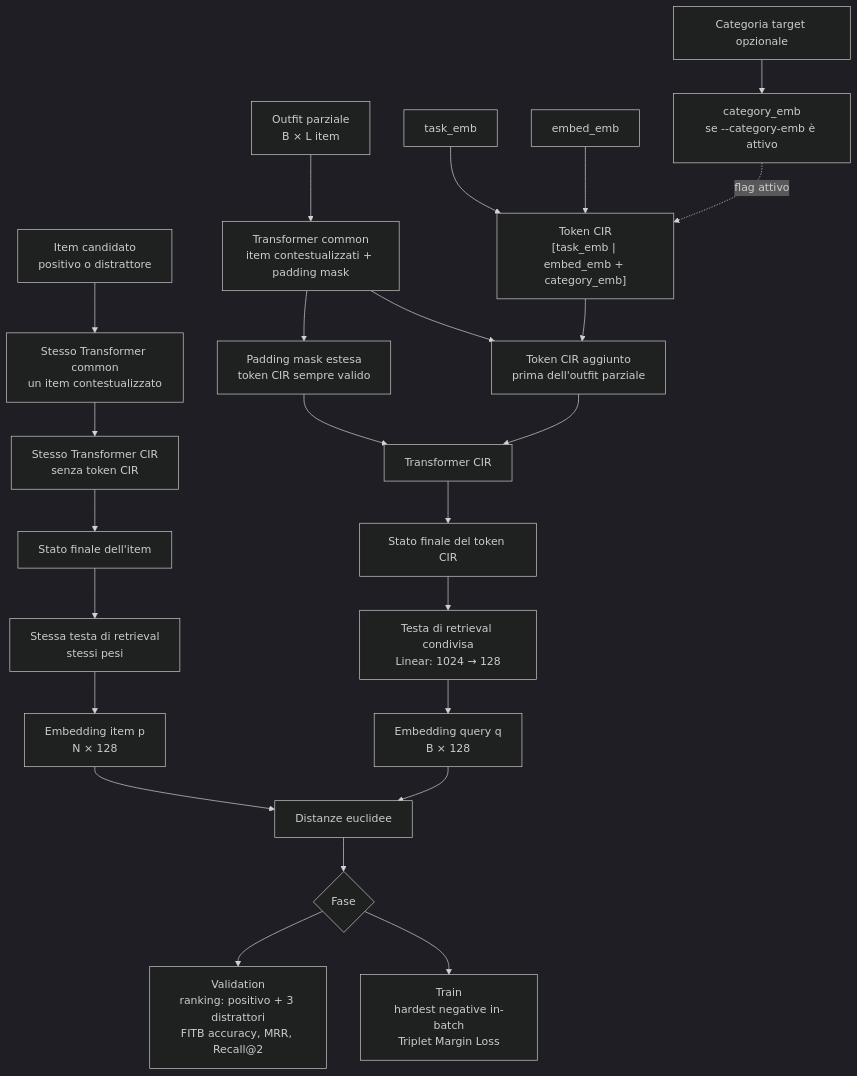
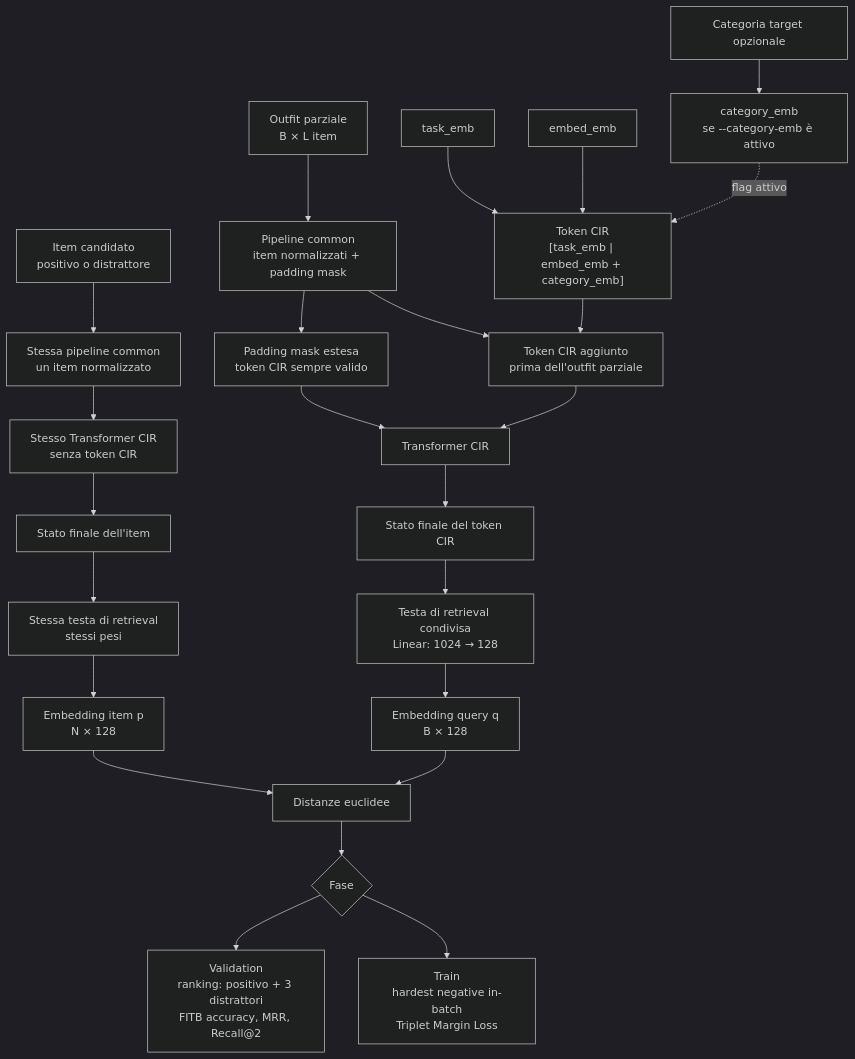
One commit to FlorindoDev/OutfitTransformer changed the diagram in training/CIR/README.md. Above: the diagram before and after it, drawn with Mermaid (dark theme). The commit also changed other lines of this file and 25 other files, not shown here.

First line of the commit message:
refactor(model)!: remove common transformer

````diff
--- a/training/CIR/README.md
+++ b/training/CIR/README.md
@@ -63,56 +63,56 @@
 ```mermaid
 flowchart TD
     PARTIAL["Outfit parziale<br/>B × L item"]
     TARGET["Categoria target opzionale"]
     ITEM["Item candidato<br/>positivo o distrattore"]
 
-    COMMON_QUERY["Transformer common<br/>item contestualizzati + padding mask"]
-    COMMON_ITEM["Stesso Transformer common<br/>un item contestualizzato"]
+    COMMON_QUERY["Pipeline common<br/>item normalizzati + padding mask"]
+    COMMON_ITEM["Stessa pipeline common<br/>un item normalizzato"]
 
     TASK["task_emb"]
     EMBED["embed_emb"]
     CATEGORY["category_emb<br/>se --category-emb è attivo"]
     TOKEN["Token CIR<br/>[task_emb | embed_emb + category_emb]"]
     QUERY_INPUT["Token CIR aggiunto<br/>prima dell'outfit parziale"]
     MASK["Padding mask estesa<br/>token CIR sempre valido"]
 
     CIR_QUERY["Transformer CIR"]
     CIR_ITEM["Stesso Transformer CIR<br/>senza token CIR"]
     QUERY_STATE["Stato finale del token CIR"]
     ITEM_STATE["Stato finale dell'item"]
     QUERY_HEAD["Testa di retrieval condivisa<br/>Linear: 1024 → 128"]
     ITEM_HEAD["Stessa testa di retrieval<br/>stessi pesi"]
     QUERY_VECTOR["Embedding query q<br/>B × 128"]
     ITEM_VECTOR["Embedding item p<br/>N × 128"]
 
     DISTANCE["Distanze euclidee"]
     TRAIN{"Fase"}
     TRIPLET["Train<br/>hardest negative in-batch<br/>Triplet Margin Loss"]
     FITB["Validation<br/>ranking: positivo + 3 distrattori<br/>FITB accuracy, MRR, Recall@2"]
 
     PARTIAL --> COMMON_QUERY
     COMMON_QUERY --> QUERY_INPUT
     COMMON_QUERY --> MASK
     TASK --> TOKEN
     EMBED --> TOKEN
     TARGET --> CATEGORY
     CATEGORY -. flag attivo .-> TOKEN
     TOKEN --> QUERY_INPUT
     QUERY_INPUT --> CIR_QUERY
     MASK --> CIR_QUERY
     CIR_QUERY --> QUERY_STATE
     QUERY_STATE --> QUERY_HEAD
     QUERY_HEAD --> QUERY_VECTOR
 
     ITEM --> COMMON_ITEM
     COMMON_ITEM --> CIR_ITEM
     CIR_ITEM --> ITEM_STATE
     ITEM_STATE --> ITEM_HEAD
     ITEM_HEAD --> ITEM_VECTOR
 
     QUERY_VECTOR --> DISTANCE
     ITEM_VECTOR --> DISTANCE
     DISTANCE --> TRAIN
     TRAIN --> TRIPLET
     TRAIN --> FITB
 ```
````
